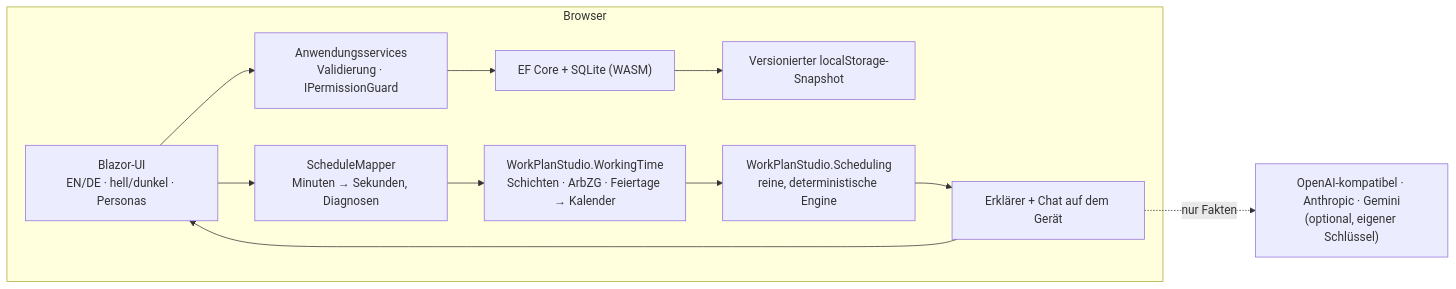
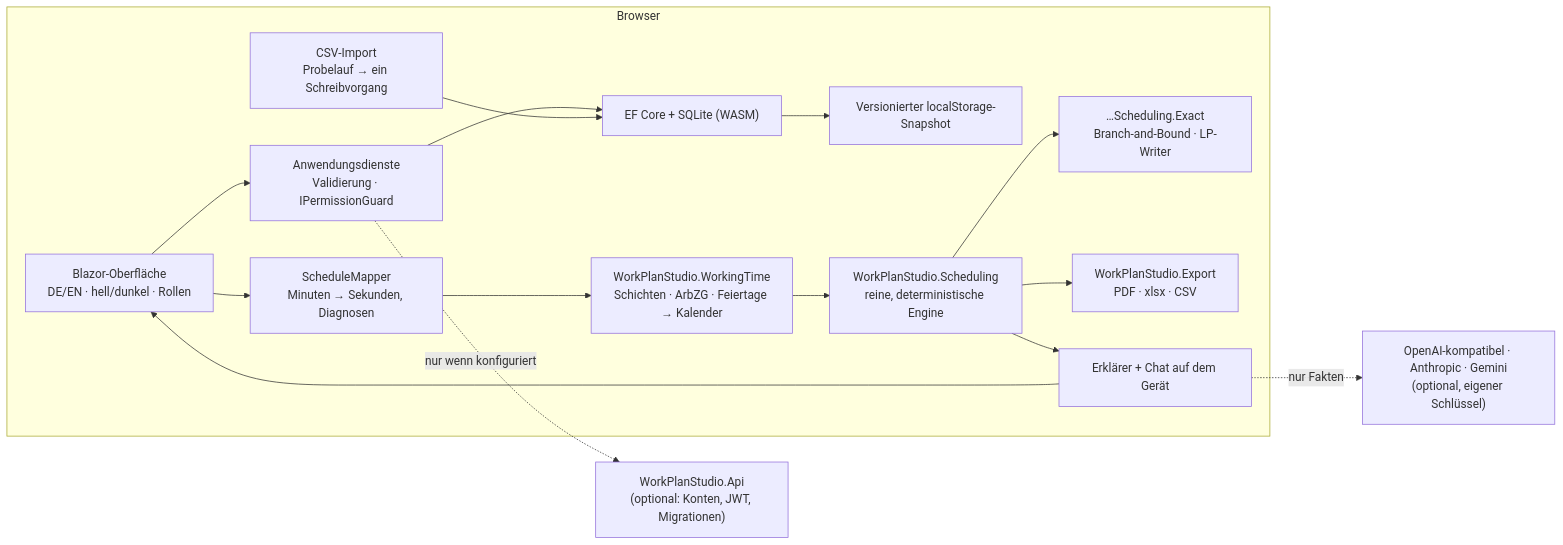
One commit to aco993/WorkPlanStudio changed the diagram in README.de.md. Above: the diagram before and after it, drawn with Mermaid. The commit also changed other lines of this file and 435 other files, not shown here.

````diff
--- a/README.de.md
+++ b/README.de.md
@@ -61,18 +65,26 @@
 ```mermaid
 flowchart LR
     subgraph Browser
-        UI["Blazor-UI<br/>EN/DE · hell/dunkel · Personas"]
-        SVC["Anwendungsservices<br/>Validierung · IPermissionGuard"]
+        UI["Blazor-Oberfläche<br/>DE/EN · hell/dunkel · Rollen"]
+        SVC["Anwendungsdienste<br/>Validierung · IPermissionGuard"]
+        IMP["CSV-Import<br/>Probelauf → ein Schreibvorgang"]
         DB["EF Core + SQLite (WASM)"]
         LS["Versionierter localStorage-Snapshot"]
         MAP["ScheduleMapper<br/>Minuten → Sekunden, Diagnosen"]
         WT["WorkPlanStudio.WorkingTime<br/>Schichten · ArbZG · Feiertage → Kalender"]
         ENG["WorkPlanStudio.Scheduling<br/>reine, deterministische Engine"]
-        EXP["Erklärer + Chat auf dem Gerät"]
+        EXACT["…Scheduling.Exact<br/>Branch-and-Bound · LP-Writer"]
+        EXP["WorkPlanStudio.Export<br/>PDF · xlsx · CSV"]
+        CHAT["Erklärer + Chat auf dem Gerät"]
     end
     AI["OpenAI-kompatibel · Anthropic · Gemini<br/>(optional, eigener Schlüssel)"]
+    API["WorkPlanStudio.Api<br/>(optional: Konten, JWT, Migrationen)"]
 
     UI --> SVC --> DB --> LS
-    UI --> MAP --> WT --> ENG --> EXP --> UI
-    EXP -. nur Fakten .-> AI
+    IMP --> DB
+    UI --> MAP --> WT --> ENG --> CHAT --> UI
+    ENG --> EXP
+    ENG --> EXACT
+    CHAT -. nur Fakten .-> AI
+    SVC -. nur wenn konfiguriert .-> API
 ```
````
